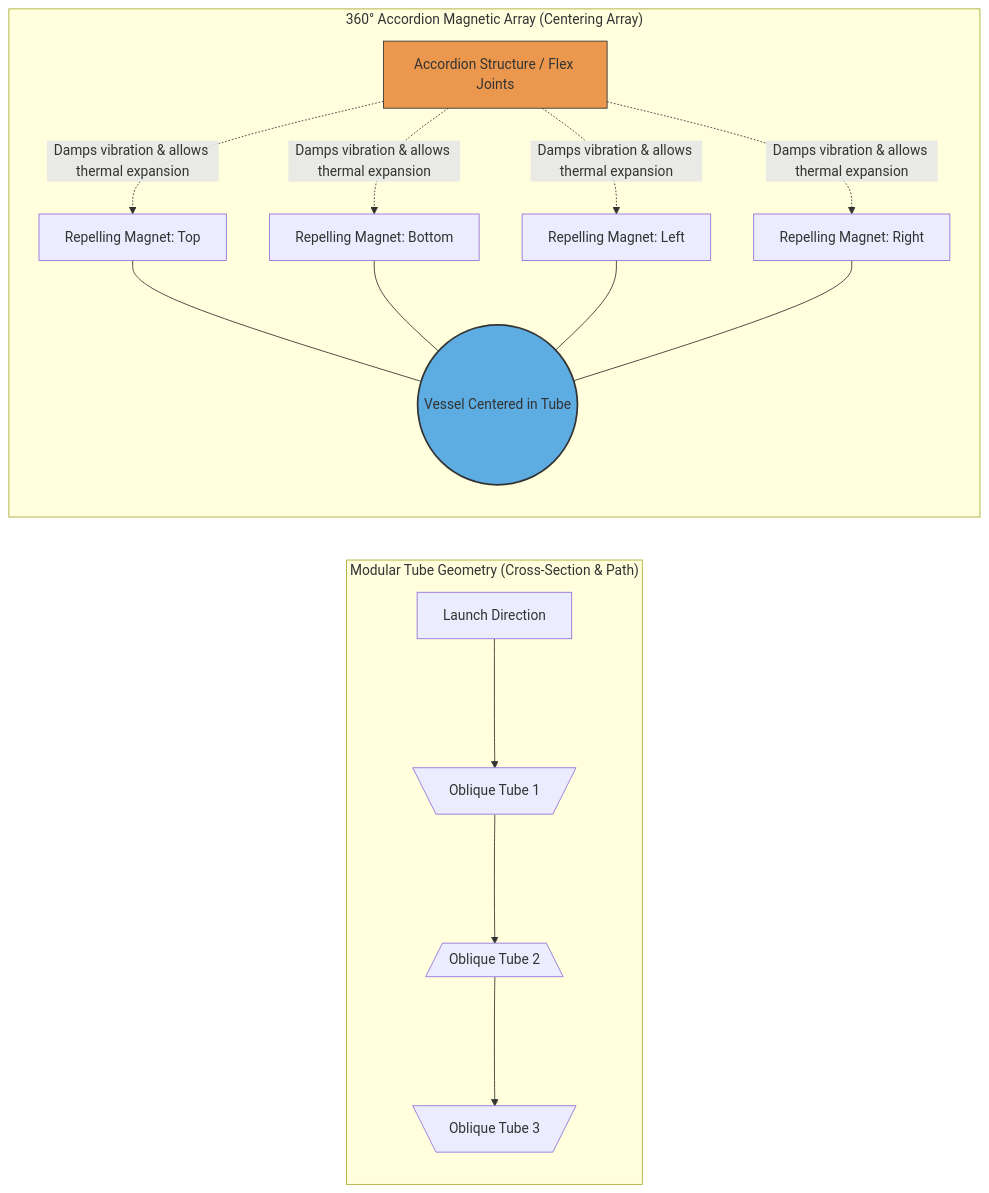
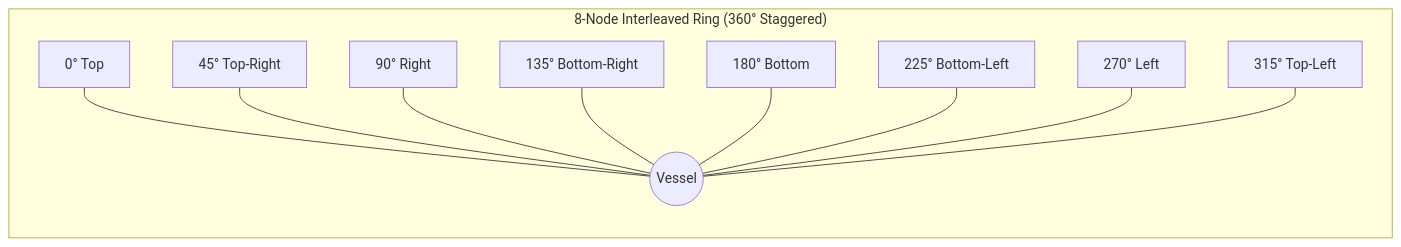
One commit to masakertsa/project-magshot changed the diagram in README.md. Above: the diagram before and after it, drawn with Mermaid.

````diff
--- a/README.md
+++ b/README.md
@@ -8,20 +8,13 @@
 ```mermaid
 graph LR
-    subgraph "Modular Tube Geometry (Cross-Section & Path)"
-        Direction[Launch Direction] ---> P1[\ Oblique Tube 1 /]
-        P1 ---> P2[/ Oblique Tube 2 \]
-        P2 ---> P3[\ Oblique Tube 3 /]
+    subgraph "8-Node Interleaved Ring (360° Staggered)"
+        M1[0° Top] --- Tube((Vessel))
+        M2[45° Top-Right] --- Tube
+        M3[90° Right] --- Tube
+        M4[135° Bottom-Right] --- Tube
+        M5[180° Bottom] --- Tube
+        M6[225° Bottom-Left] --- Tube
+        M7[270° Left] --- Tube
+        M8[315° Top-Left] --- Tube
     end
-
-    subgraph "360° Accordion Magnetic Array (Centering Array)"
-        M1[Repelling Magnet: Top] --- Tube((Vessel Centered in Tube))
-        M2[Repelling Magnet: Bottom] --- Tube
-        M3[Repelling Magnet: Left] --- Tube
-        M4[Repelling Magnet: Right] --- Tube
-        
-        Flex[Accordion Structure / Flex Joints] -.->|Damps vibration & allows thermal expansion| M1 & M2 & M3 & M4
-    end
-
-    style Tube fill:#5DADE2,stroke:#333,stroke-width:2px
-    style Flex fill:#EB984E,stroke:#333,stroke-width:1px
 ```
````
